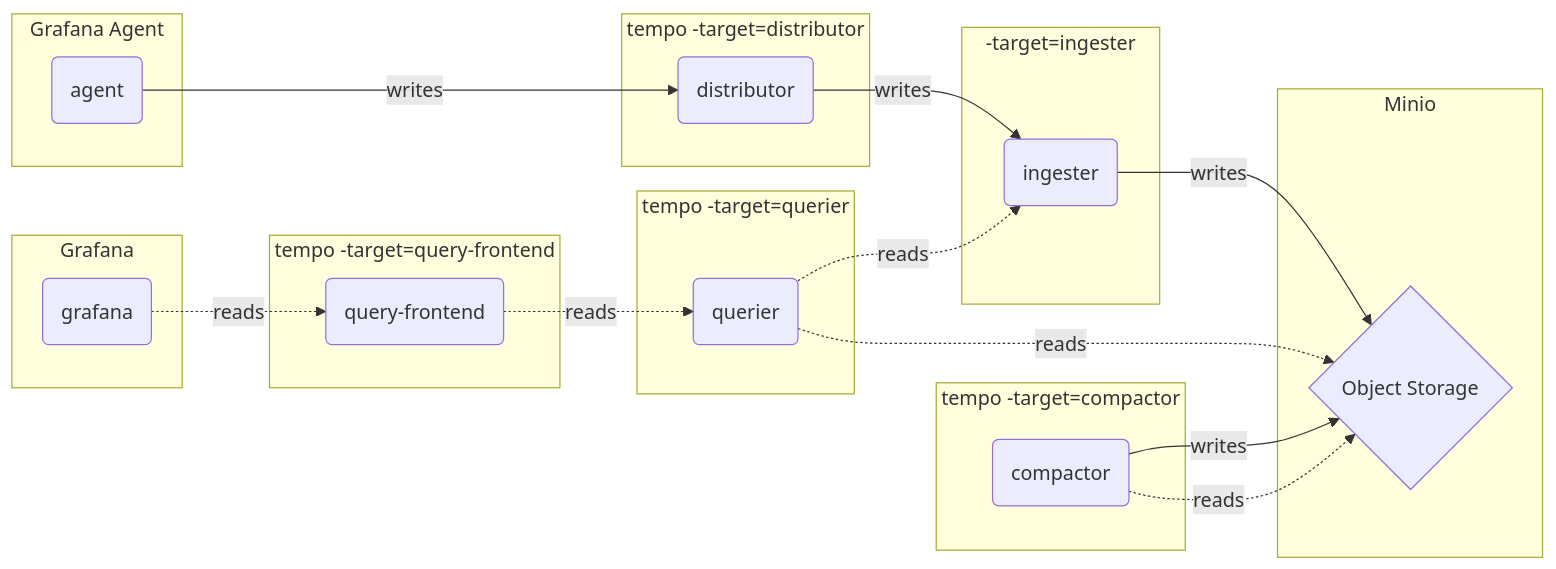
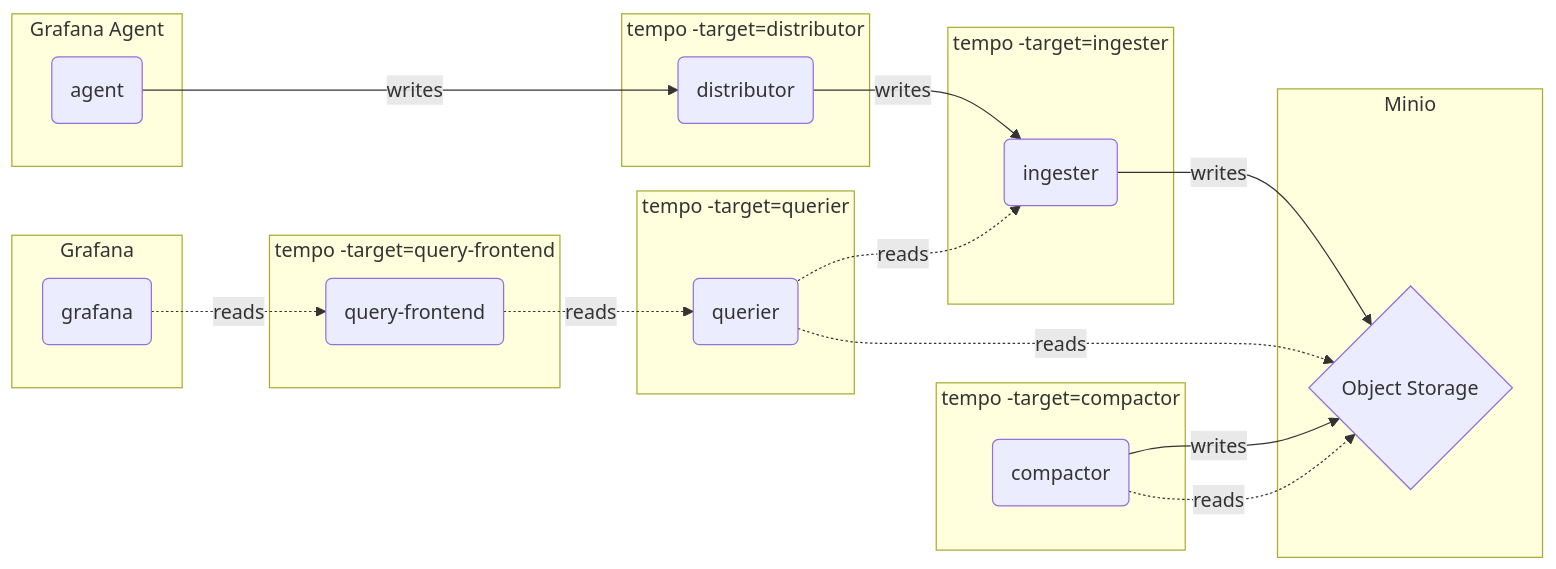
One commit to qclaogui/codelab-monitoring changed the diagram in docker-compose/microservices-mode/traces/README.md. Above: the diagram before and after it, drawn with Mermaid. The commit also changed other lines of this file and 2 other files, not shown here.

````diff
--- a/docker-compose/microservices-mode/traces/README.md
+++ b/docker-compose/microservices-mode/traces/README.md
@@ -9,33 +8,37 @@
 ```mermaid
 flowchart LR
     A --->|writes| D   -->|writes| I  -->|writes| M
     G -.->|reads | QF -.->|reads | Q -.->|reads | M
 
     subgraph Minio
         M{"Object Storage"}
     end
     subgraph Agent["Grafana Agent"]
         A("agent")
     end
     subgraph Grafana
         G("grafana")
     end
 
-    subgraph Ingester[" -target=ingester"]
+    subgraph Ingester["tempo -target=ingester"]
         I("ingester")
     end
+
     subgraph Distributor["tempo -target=distributor"]
         D("distributor")
     end
+
     subgraph Querier["tempo -target=querier"]
         Q("querier") -.->|reads| I
     end
+
     subgraph QueryFrontend["tempo -target=query-frontend"]
         QF("query-frontend")
     end
+    
     subgraph Compactor["tempo -target=compactor"]
         C("compactor")
         C  -->|writes| M
         C -.->|reads | M
     end
 ```
````
